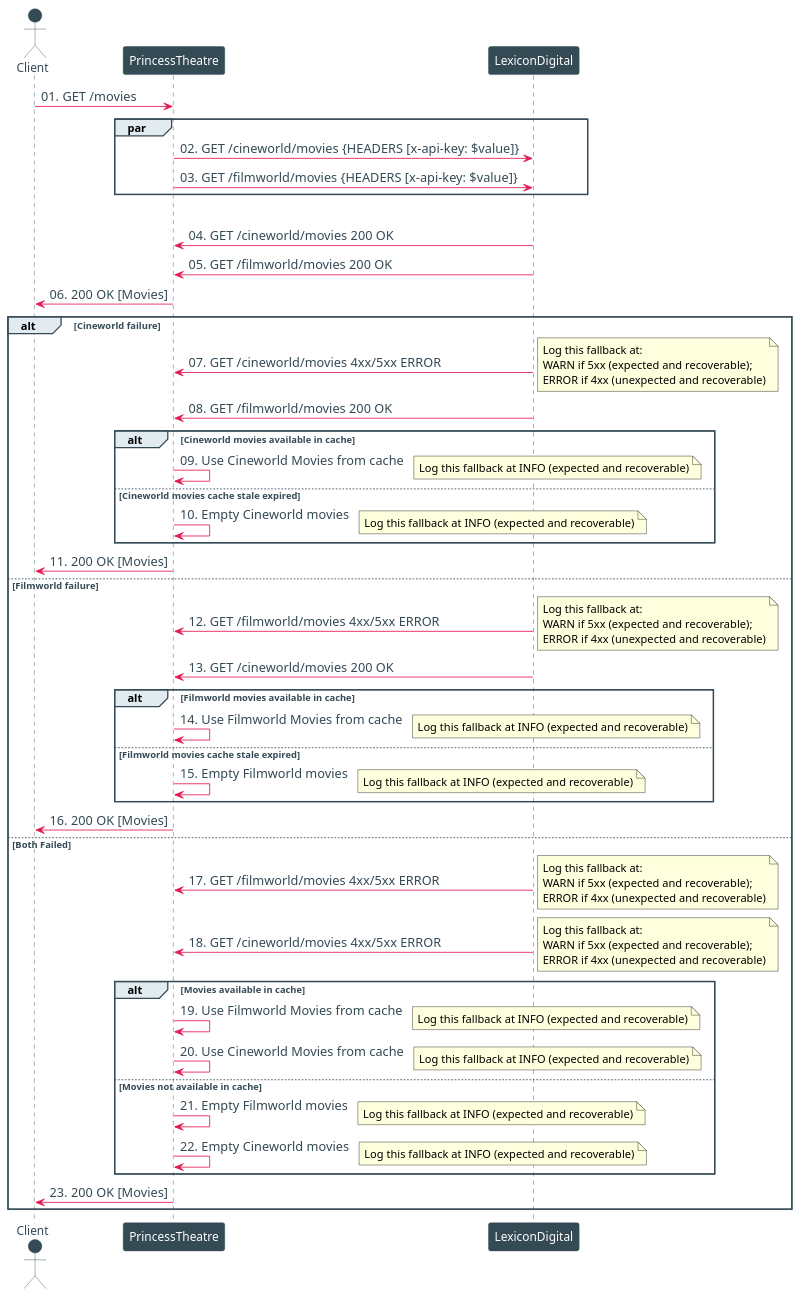
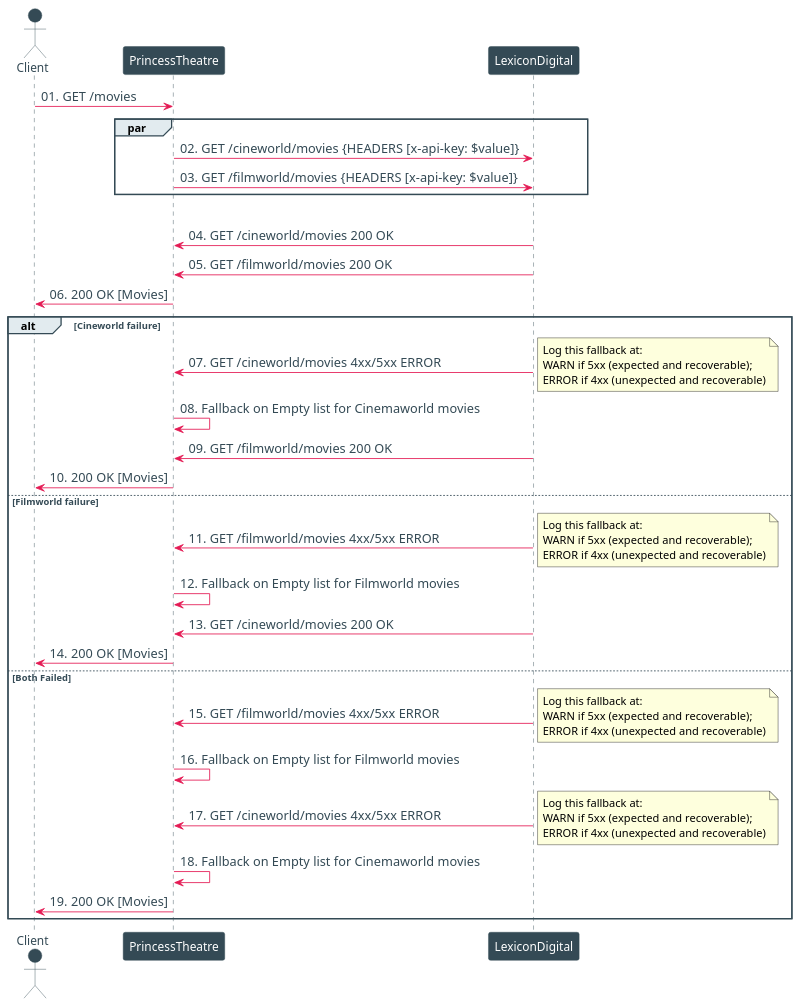
The diagram in application/src/main/resources/plantuml/sequence.puml (saurabharora80/princess-theater), drawn with PlantUML before and after one commit. The commit also changed 1 other file, not shown here.

Commit message:
- update sequence diagram and removed cache fallback for now

```diff
--- a/application/src/main/resources/plantuml/sequence.puml
+++ b/application/src/main/resources/plantuml/sequence.puml
@@ -1,109 +1,88 @@
 @startuml
 skinparam defaultFontName Helvetica
 skinparam shadowing false
 
 skinparam Sequence {
     LifeLineBorderColor #344A55
 
     Arrow {
         Color           #E41A54
         FontSize        15
         FontColor       #344A55
     }
 
     Box {
         BorderColor      #0d0f19
         BackgroundColor  #0d0f19
         FontSize         10
         FontColor       #fff
     }
 
     Group {
         BorderColor     #344A55
         BackgroundColor #E2EBEF
         FontColor       #344A55
     }
 
     Participant {
         BackgroundColor #344A55
         BorderColor     #344A55
         FontColor       #fff
         FontSize        14
     }
 
     Actor {
         BackgroundColor #344A55
         BorderColor     #344A55
         FontColor       #344A55
         FontSize        14
     }
 
     note {
         BackgroundColor #E2EBEF
         BorderColor     #E2EBEF
         FontColor       #344A55
         size            19
     }
 }
 
 autonumber "00."
 
 actor "Client" as client
 participant "PrincessTheatre" as application
 participant "LexiconDigital" as lexicon
 
 client -> application: GET /movies
 par
     application -> lexicon: GET /cineworld/movies {HEADERS [x-api-key: $value]}
     application -> lexicon: GET /filmworld/movies {HEADERS [x-api-key: $value]}
 end
 alt successful case
     lexicon -> application: GET /cineworld/movies 200 OK
     lexicon -> application: GET /filmworld/movies 200 OK
 
     application -> client: 200 OK [Movies]
 
 alt Cineworld failure
     lexicon -> application: GET /cineworld/movies 4xx/5xx ERROR
     note right: Log this fallback at: \nWARN if 5xx (expected and recoverable); \nERROR if 4xx (unexpected and recoverable)
+    application -> application: Fallback on Empty list for Cinemaworld movies
     lexicon -> application: GET /filmworld/movies 200 OK
-    alt Cineworld movies available in cache
-        application -> application: Use Cineworld Movies from cache
-        note right: Log this fallback at INFO (expected and recoverable)
-    else Cineworld movies cache stale expired
-        application -> application: Empty Cineworld movies
-        note right: Log this fallback at INFO (expected and recoverable)
-    end
     application -> client: 200 OK [Movies]
 else Filmworld failure
     lexicon -> application: GET /filmworld/movies 4xx/5xx ERROR
     note right: Log this fallback at: \nWARN if 5xx (expected and recoverable); \nERROR if 4xx (unexpected and recoverable)
+    application -> application: Fallback on Empty list for Filmworld movies
     lexicon -> application: GET /cineworld/movies 200 OK
-    alt Filmworld movies available in cache
-        application -> application: Use Filmworld Movies from cache
-        note right: Log this fallback at INFO (expected and recoverable)
-    else Filmworld movies cache stale expired
-        application -> application: Empty Filmworld movies
-        note right: Log this fallback at INFO (expected and recoverable)
-    end
     application -> client: 200 OK [Movies]
 else Both Failed
     lexicon -> application: GET /filmworld/movies 4xx/5xx ERROR
     note right: Log this fallback at: \nWARN if 5xx (expected and recoverable); \nERROR if 4xx (unexpected and recoverable)
+    application -> application: Fallback on Empty list for Filmworld movies
     lexicon -> application: GET /cineworld/movies 4xx/5xx ERROR
     note right: Log this fallback at: \nWARN if 5xx (expected and recoverable); \nERROR if 4xx (unexpected and recoverable)
-    alt Movies available in cache
-        application -> application: Use Filmworld Movies from cache
-        note right: Log this fallback at INFO (expected and recoverable)
-        application -> application: Use Cineworld Movies from cache
-        note right: Log this fallback at INFO (expected and recoverable)
-    else Movies not available in cache
-        application -> application: Empty Filmworld movies
-        note right: Log this fallback at INFO (expected and recoverable)
-        application -> application: Empty Cineworld movies
-        note right: Log this fallback at INFO (expected and recoverable)
-    end
+    application -> application: Fallback on Empty list for Cinemaworld movies
     application -> client: 200 OK [Movies]
 end
 
 @enduml
```
